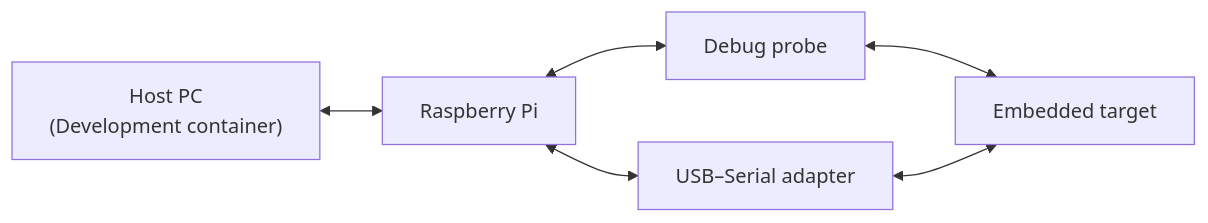
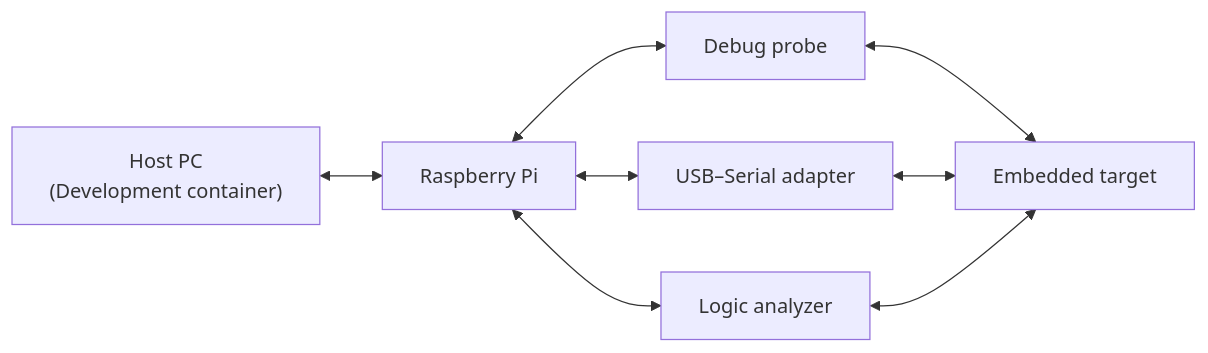
The diagram in doc/resources/dual_targeting_setup.md (FBS93/embedded_c_framework), drawn with Mermaid before and after one commit. The commit also changed 20 other files, not shown here.

Commit message:
add ARM Cortex-M preemption example and improve logic analyzer workflow

````diff
--- a/doc/resources/dual_targeting_setup.md
+++ b/doc/resources/dual_targeting_setup.md
@@ -21,14 +21,17 @@
 ```mermaid
 flowchart LR
   host["Host PC<br/>(Development container)"]
   rpi["Raspberry Pi"]
   debug_probe["Debug probe"]
   serial["USB–Serial adapter"]
+  logic_analyzer["Logic analyzer"]
   target["Embedded target"]
 
   host <--> rpi
   rpi <--> debug_probe
   rpi <--> serial
+  rpi <--> logic_analyzer
   debug_probe <--> target
   serial <--> target
+  logic_analyzer <--> target
 ```
````
